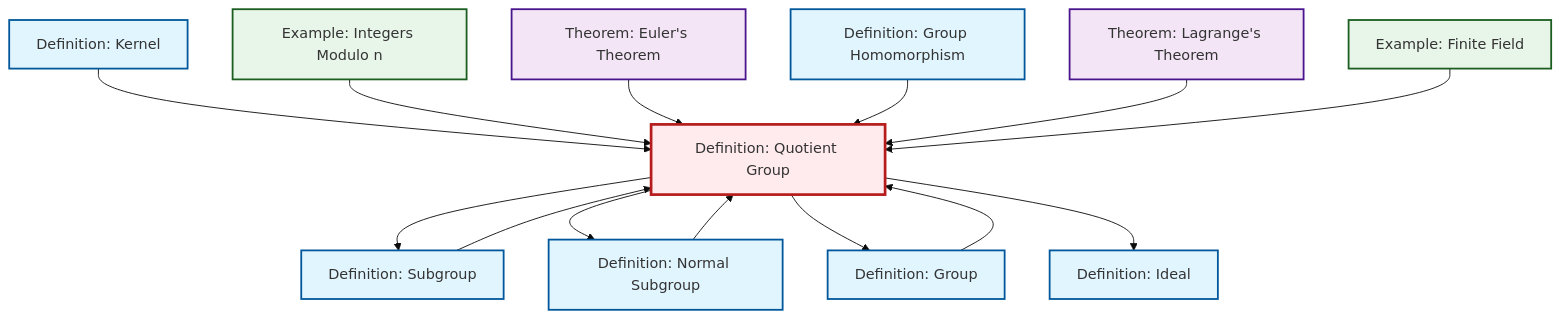
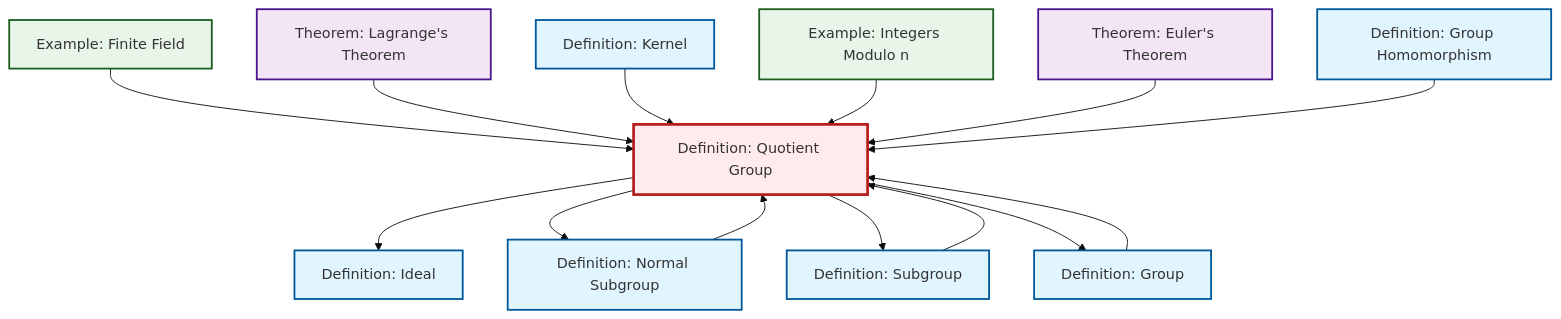
Before and after one commit to RK0429/ModernMath: the diagram in output/mermaid/def-quotient-group.mermaid, drawn with Mermaid (base theme). The commit also changed other lines of this file and 1250 other files, not shown here.

```diff
--- a/output/mermaid/def-quotient-group.mermaid
+++ b/output/mermaid/def-quotient-group.mermaid
@@ -1,32 +1,32 @@
 %%| fig-cap: "Local dependency graph"
 graph TD
     classDef definition fill:#e1f5fe,stroke:#01579b,stroke-width:2px
     classDef theorem fill:#f3e5f5,stroke:#4a148c,stroke-width:2px
     classDef axiom fill:#fff3e0,stroke:#e65100,stroke-width:2px
     classDef example fill:#e8f5e9,stroke:#1b5e20,stroke-width:2px
     classDef current fill:#ffebee,stroke:#b71c1c,stroke-width:3px
+    def-kernel["Definition: Kernel"]:::definition
+    def-normal-subgroup["Definition: Normal Subgroup"]:::definition
+    def-quotient-group["Definition: Quotient Group"]:::definition
+    def-group["Definition: Group"]:::definition
+    thm-lagrange["Theorem: Lagrange's Theorem"]:::theorem
+    thm-euler["Theorem: Euler's Theorem"]:::theorem
+    def-homomorphism["Definition: Group Homomorphism"]:::definition
     ex-quotient-integers-mod-n["Example: Integers Modulo n"]:::example
-    def-normal-subgroup["Definition: Normal Subgroup"]:::definition
     def-ideal["Definition: Ideal"]:::definition
-    thm-euler["Theorem: Euler's Theorem"]:::theorem
-    thm-lagrange["Theorem: Lagrange's Theorem"]:::theorem
     def-subgroup["Definition: Subgroup"]:::definition
     ex-finite-field["Example: Finite Field"]:::example
-    def-homomorphism["Definition: Group Homomorphism"]:::definition
-    def-kernel["Definition: Kernel"]:::definition
-    def-quotient-group["Definition: Quotient Group"]:::definition
-    def-group["Definition: Group"]:::definition
+    def-quotient-group --> def-ideal
+    def-quotient-group --> def-normal-subgroup
+    ex-finite-field --> def-quotient-group
+    thm-lagrange --> def-quotient-group
+    def-quotient-group --> def-subgroup
+    def-group --> def-quotient-group
     def-kernel --> def-quotient-group
     ex-quotient-integers-mod-n --> def-quotient-group
     thm-euler --> def-quotient-group
-    def-quotient-group --> def-subgroup
-    def-quotient-group --> def-normal-subgroup
-    def-quotient-group --> def-group
+    def-subgroup --> def-quotient-group
     def-homomorphism --> def-quotient-group
     def-normal-subgroup --> def-quotient-group
-    def-group --> def-quotient-group
-    thm-lagrange --> def-quotient-group
-    ex-finite-field --> def-quotient-group
-    def-subgroup --> def-quotient-group
-    def-quotient-group --> def-ideal
+    def-quotient-group --> def-group
     class def-quotient-group current
```
